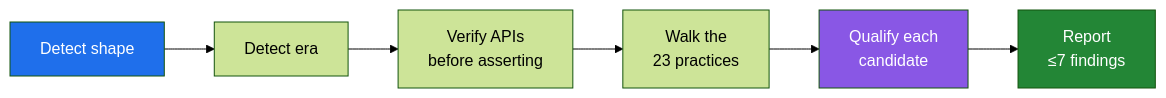
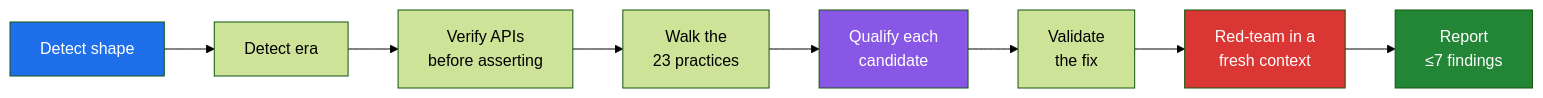
One commit to teionarr/langchain-expert changed the diagram in README.md. Above: the diagram before and after it, drawn with Mermaid (forest theme). The commit also changed other lines of this file and 1 other file, not shown here.

````diff
--- a/README.md
+++ b/README.md
@@ -50,11 +51,14 @@
 ```mermaid
 flowchart LR
     A[Detect shape] --> B[Detect era]
     B --> C[Verify APIs<br/>before asserting]
     C --> D[Walk the<br/>23 practices]
     D --> E[Qualify each<br/>candidate]
-    E --> F[Report<br/>≤7 findings]
+    E --> G[Validate<br/>the fix]
+    G --> H[Red-team in a<br/>fresh context]
+    H --> F[Report<br/>≤7 findings]
     style A fill:#1f6feb,color:#fff
     style E fill:#8957e5,color:#fff
+    style H fill:#da3633,color:#fff
     style F fill:#238636,color:#fff
 ```
````
